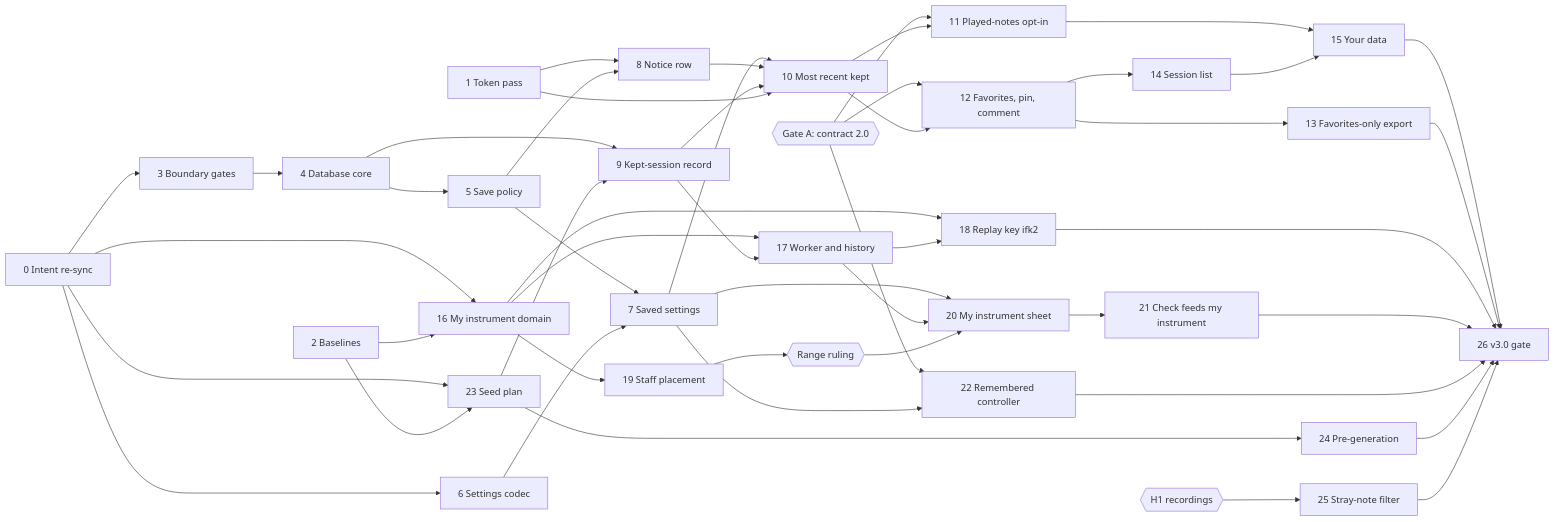
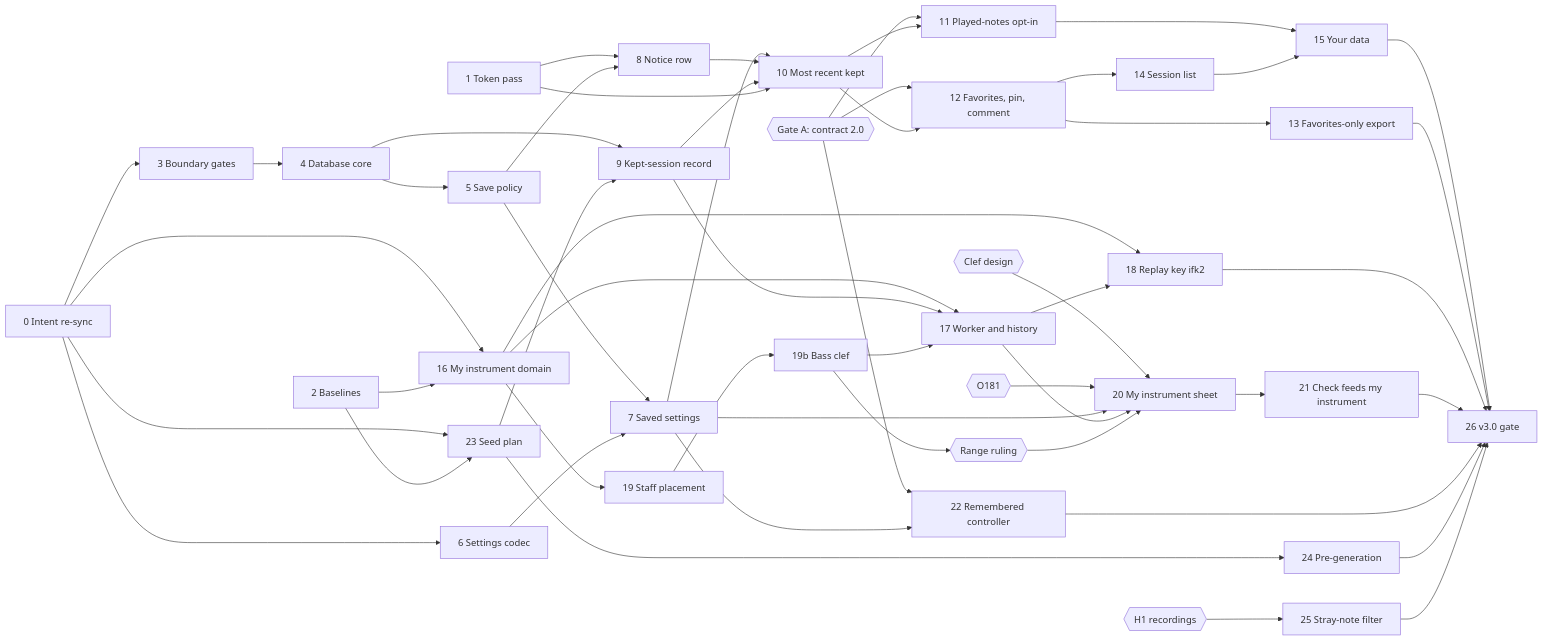
Before and after one commit to kluthen/infinite-flow: the diagram in specs/versions/v3/build-plan.md, drawn with Mermaid. The commit also changed other lines of this file and 5 other files, not shown here.

First line of the commit message:
Spec: bass clef for my instrument (D293), octave signs later (O180)

````diff
--- a/specs/versions/v3/build-plan.md
+++ b/specs/versions/v3/build-plan.md
@@ -92,50 +97,54 @@
 ```mermaid
 flowchart LR
   C0[0 Intent re-sync] --> C3[3 Boundary gates]
   C0 --> C6[6 Settings codec]
   C0 --> C16[16 My instrument domain]
   C0 --> C23[23 Seed plan]
   C1[1 Token pass] --> C8[8 Notice row]
   C2[2 Baselines] --> C16
   C2 --> C23
   C3 --> C4[4 Database core]
   C4 --> C5[5 Save policy]
   C4 --> C9[9 Kept-session record]
   C23 --> C9
   C5 --> C7[7 Saved settings]
   C6 --> C7
   C5 --> C8
   C7 --> C10[10 Most recent kept]
   C8 --> C10
   C9 --> C10
   C1 --> C10
   GA{{Gate A: contract 2.0}} --> C11
   GA --> C12
   GA --> C22
   C10 --> C11[11 Played-notes opt-in]
   C10 --> C12[12 Favorites, pin, comment]
   C12 --> C13[13 Favorites-only export]
   C12 --> C14[14 Session list]
   C11 --> C15[15 Your data]
   C14 --> C15
   C16 --> C17[17 Worker and history]
   C9 --> C17
   C16 --> C18[18 Replay key ifk2]
   C17 --> C18
   C16 --> C19[19 Staff placement]
-  C19 --> RR{{Range ruling}}
+  C19 --> C19b[19b Bass clef]
+  C19b --> RR{{Range ruling}}
+  C19b --> C17
+  CD{{Clef design}} --> C20
+  O181{{O181}} --> C20
   C7 --> C20[20 My instrument sheet]
   C17 --> C20
   RR --> C20
   C20 --> C21[21 Check feeds my instrument]
   C7 --> C22[22 Remembered controller]
   C23 --> C24[24 Pre-generation]
   H1{{H1 recordings}} --> C25[25 Stray-note filter]
   C15 --> C26[26 v3.0 gate]
   C13 --> C26
   C18 --> C26
   C21 --> C26
   C22 --> C26
   C24 --> C26
   C25 --> C26
 ```
````
